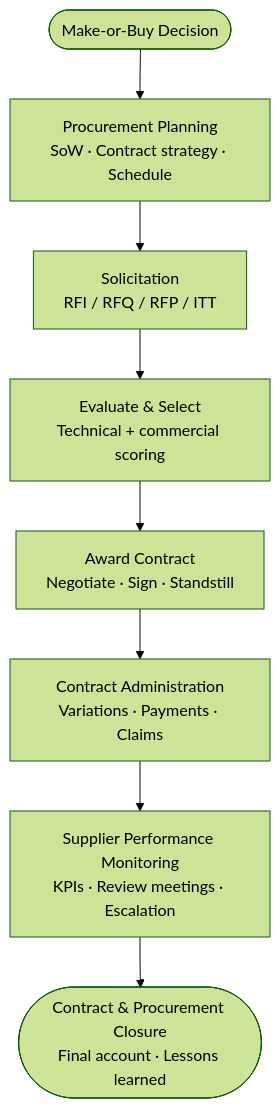
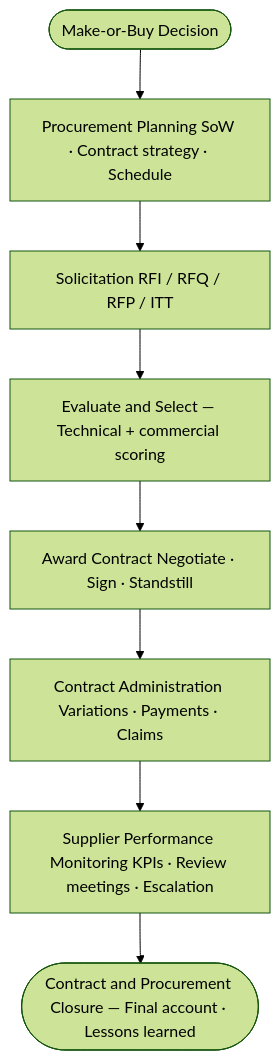
One commit to UncleJS/course_projectManagement changed the first of 3 diagrams in modules/13-procurement.md. Above: the diagram before and after it, drawn with Mermaid (forest theme). The commit also changed other lines of this file and 16 other files, not shown here.

Commit message:
Fix Mermaid rendering: remove literal \n from all diagram labels; quote unquoted & in flowchart nodes

````diff
--- a/modules/13-procurement.md
+++ b/modules/13-procurement.md
@@ -55,10 +55,10 @@
 ```mermaid
 flowchart TD
-    A([Make-or-Buy Decision]) --> B[Procurement Planning\nSoW · Contract strategy · Schedule]
-    B --> C[Solicitation\nRFI / RFQ / RFP / ITT]
-    C --> D[Evaluate & Select\nTechnical + commercial scoring]
-    D --> E[Award Contract\nNegotiate · Sign · Standstill]
-    E --> F[Contract Administration\nVariations · Payments · Claims]
-    F --> G[Supplier Performance Monitoring\nKPIs · Review meetings · Escalation]
-    G --> H([Contract & Procurement Closure\nFinal account · Lessons learned])
+    A([Make-or-Buy Decision]) --> B[Procurement Planning SoW · Contract strategy · Schedule]
+    B --> C[Solicitation RFI / RFQ / RFP / ITT]
+    C --> D["Evaluate and Select — Technical + commercial scoring"]
+    D --> E[Award Contract Negotiate · Sign · Standstill]
+    E --> F[Contract Administration Variations · Payments · Claims]
+    F --> G[Supplier Performance Monitoring KPIs · Review meetings · Escalation]
+    G --> H(["Contract and Procurement Closure — Final account · Lessons learned"])
 ```
````
